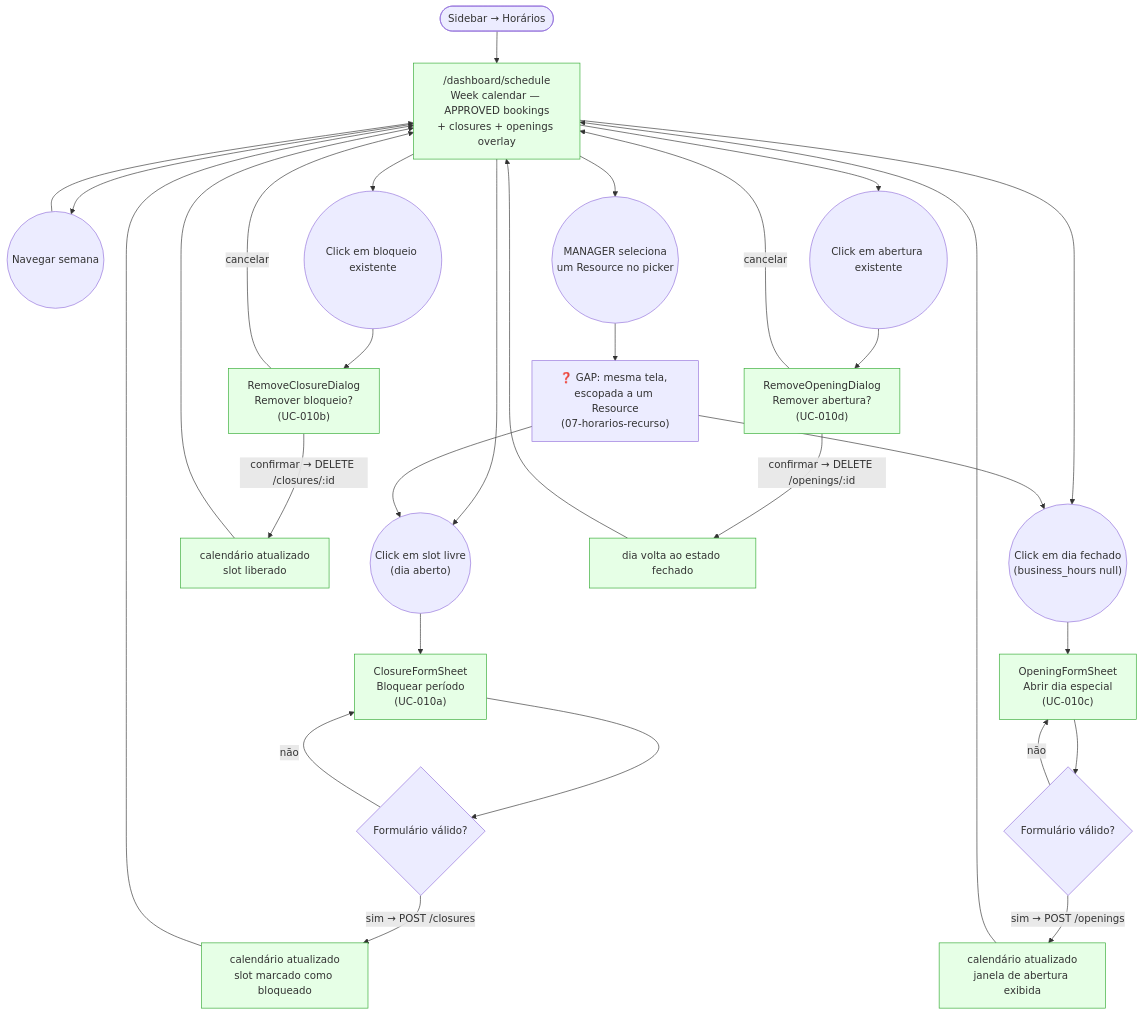
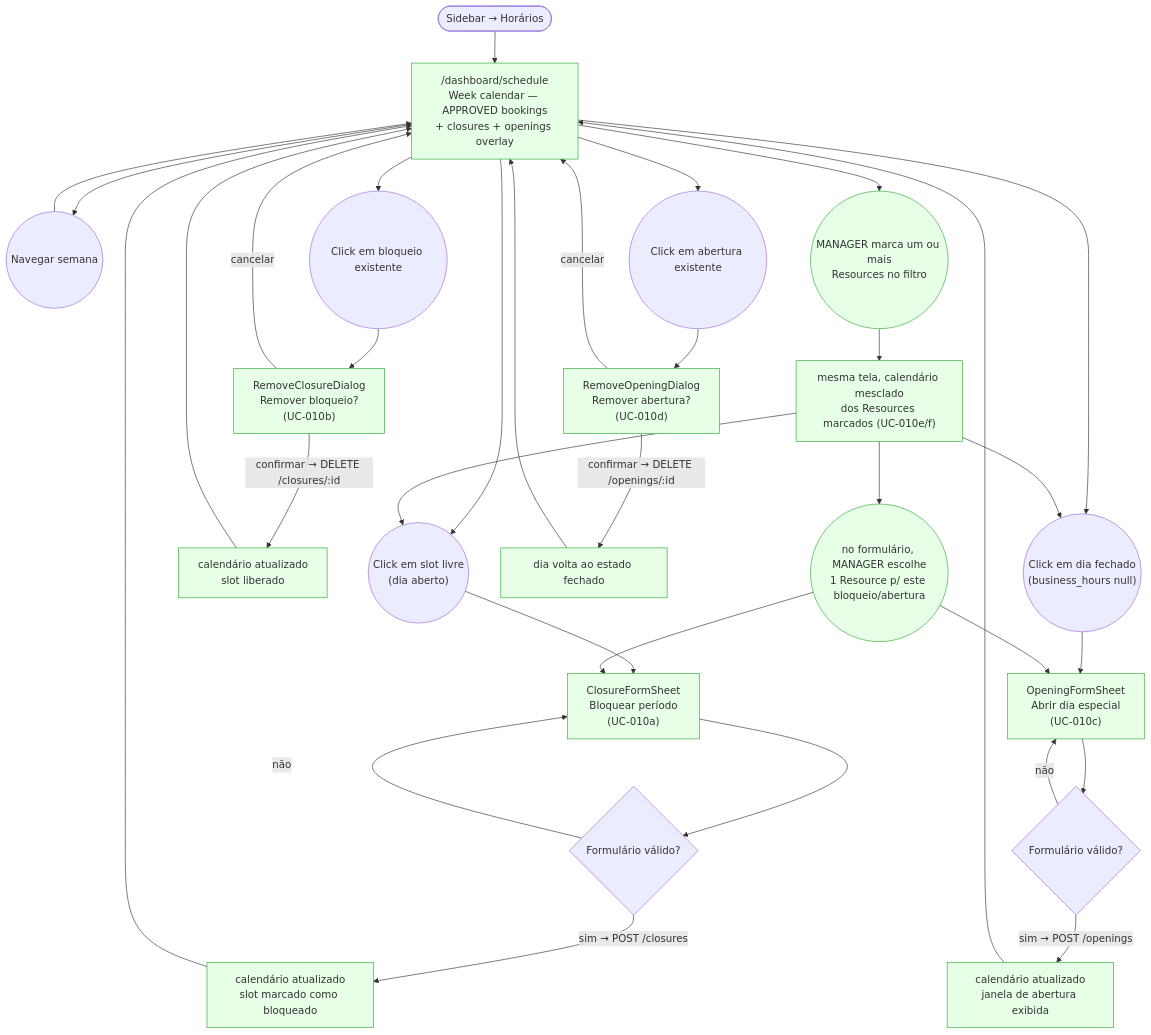
One commit to lmmoreira/ikaro changed the diagram in plan/journey/staff/horarios.md. Above: the diagram before and after it, drawn with Mermaid. The commit also changed other lines of this file and 86 other files, not shown here.

First line of the commit message:
feat(booking): resource-scoped Horários extension frontend (M21-S05) (#462)

````diff
--- a/plan/journey/staff/horarios.md
+++ b/plan/journey/staff/horarios.md
@@ -10,44 +10,49 @@
 ```mermaid
 flowchart TD
     classDef existing fill:#e6ffe6,stroke:#3a3
     classDef gap stroke:#f00,stroke-dasharray: 5 5,fill:#fee
 
     Start(["Sidebar → Horários"]) --> Schedule["/dashboard/schedule<br/>Week calendar — APPROVED bookings<br/>+ closures + openings overlay"]
 
     Schedule --> WeekNav(("Navegar semana"))
     WeekNav --> Schedule
 
     Schedule --> ClickSlot(("Click em slot livre<br/>(dia aberto)"))
     ClickSlot --> ClosureSheet["ClosureFormSheet<br/>Bloquear período<br/>(UC-010a)"]
     ClosureSheet --> ClosureForm{"Formulário válido?"}
     ClosureForm -- não --> ClosureSheet
     ClosureForm -- sim → POST /closures --> ClosureSuccess["calendário atualizado<br/>slot marcado como bloqueado"]
     ClosureSuccess --> Schedule
 
     Schedule --> ClickClosure(("Click em bloqueio existente"))
     ClickClosure --> RemoveClosureSheet["RemoveClosureDialog<br/>Remover bloqueio?<br/>(UC-010b)"]
     RemoveClosureSheet -- cancelar --> Schedule
     RemoveClosureSheet -- confirmar → DELETE /closures/:id --> RemoveClosureSuccess["calendário atualizado<br/>slot liberado"]
     RemoveClosureSuccess --> Schedule
 
     Schedule --> ClickClosedDay(("Click em dia fechado<br/>(business_hours null)"))
     ClickClosedDay --> OpeningSheet["OpeningFormSheet<br/>Abrir dia especial<br/>(UC-010c)"]
     OpeningSheet --> OpeningForm{"Formulário válido?"}
     OpeningForm -- não --> OpeningSheet
     OpeningForm -- sim → POST /openings --> OpeningSuccess["calendário atualizado<br/>janela de abertura exibida"]
     OpeningSuccess --> Schedule
 
     Schedule --> ClickOpening(("Click em abertura existente"))
     ClickOpening --> RemoveOpeningSheet["RemoveOpeningDialog<br/>Remover abertura?<br/>(UC-010d)"]
     RemoveOpeningSheet -- cancelar --> Schedule
     RemoveOpeningSheet -- confirmar → DELETE /openings/:id --> RemoveOpeningSuccess["dia volta ao estado fechado"]
     RemoveOpeningSuccess --> Schedule
 
     class Schedule,ClosureSheet,ClosureSuccess,RemoveClosureSheet,RemoveClosureSuccess,OpeningSheet,OpeningSuccess,RemoveOpeningSheet,RemoveOpeningSuccess existing
 
-    %% M21 Cluster 1 — resource-scoped extension (GAP, MANAGER-only)
-    Schedule --> ResourcePick(("MANAGER seleciona<br/>um Resource no picker"))
-    ResourcePick --> ScheduleScoped["❓ GAP: mesma tela, escopada a um Resource<br/>(07-horarios-recurso)"]
+    %% M21 Cluster 1 — resource-scoped extension (MANAGER-only, shipped M21-S05)
+    Schedule --> ResourceFilter(("MANAGER marca um ou mais<br/>Resources no filtro"))
+    ResourceFilter --> ScheduleScoped["mesma tela, calendário mesclado<br/>dos Resources marcados (UC-010e/f)"]
     ScheduleScoped --> ClickSlot
     ScheduleScoped --> ClickClosedDay
+    ScheduleScoped --> ResourceFieldPick(("no formulário, MANAGER escolhe<br/>1 Resource p/ este bloqueio/abertura"))
+    ResourceFieldPick --> ClosureSheet
+    ResourceFieldPick --> OpeningSheet
+
+    class ResourceFilter,ScheduleScoped,ResourceFieldPick existing
 ```
````
